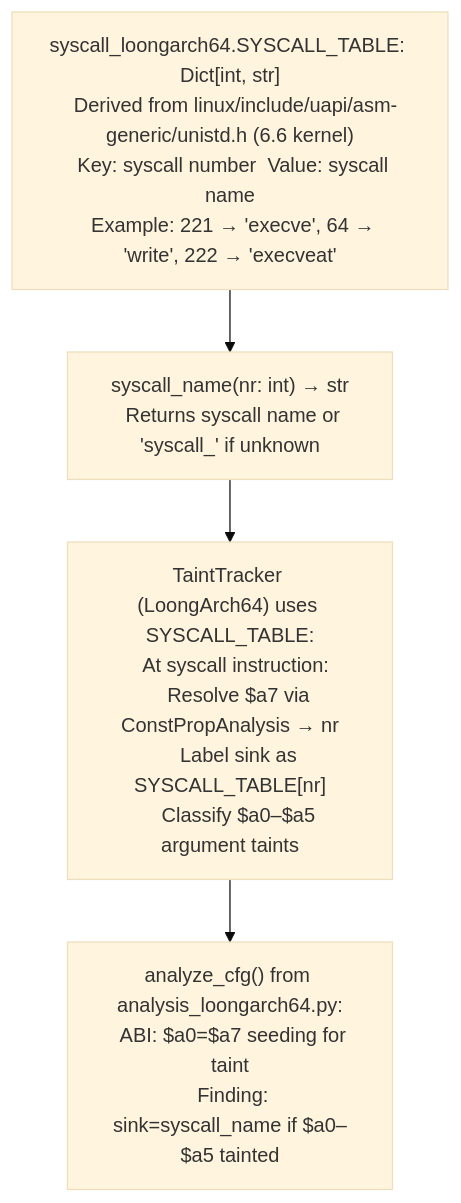
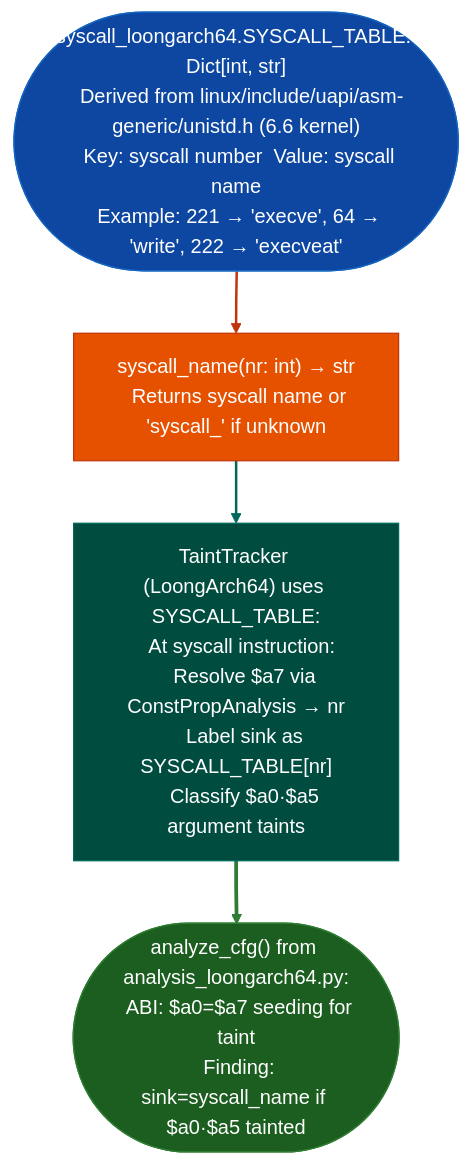
One commit to Ablation-Tool/ablation changed the diagram in docs/reference-modules/loongarch-syscall-labeling.md. Above: the diagram before and after it, drawn with Mermaid (base theme). The commit also changed 320 other files, not shown here.

First line of the commit message:
docs: apply canonical Mermaid template to all 321 diagrams

````diff
--- a/docs/reference-modules/loongarch-syscall-labeling.md
+++ b/docs/reference-modules/loongarch-syscall-labeling.md
@@ -65,6 +65,15 @@
 ```mermaid
 flowchart TD
-    A["syscall_loongarch64.SYSCALL_TABLE: Dict[int, str]\n  Derived from linux/include/uapi/asm-generic/unistd.h (6.6 kernel)\n  Key: syscall number  Value: syscall name\n  Example: 221 → 'execve', 64 → 'write', 222 → 'execveat'"] --> B["syscall_name(nr: int) → str\n  Returns syscall name or 'syscall_<nr>' if unknown"]
-    B --> C["TaintTracker (LoongArch64) uses SYSCALL_TABLE:\n  At syscall instruction:\n    Resolve $a7 via ConstPropAnalysis → nr\n    Label sink as SYSCALL_TABLE[nr]\n    Classify $a0–$a5 argument taints"]
-    C --> D["analyze_cfg() from analysis_loongarch64.py:\n  ABI: $a0=$a7 seeding for taint\n  Finding: sink=syscall_name if $a0–$a5 tainted"]
+    A(["syscall_loongarch64.SYSCALL_TABLE: Dict[int, str]\n  Derived from linux/include/uapi/asm-generic/unistd.h (6.6 kernel)\n  Key: syscall number  Value: syscall name\n  Example: 221 → 'execve', 64 → 'write', 222 → 'execveat'"]):::input --> B["syscall_name(nr: int) → str\n  Returns syscall name or 'syscall_<nr>' if unknown"]:::primary
+    B:::primary --> C["TaintTracker (LoongArch64) uses SYSCALL_TABLE:\n  At syscall instruction:\n    Resolve $a7 via ConstPropAnalysis → nr\n    Label sink as SYSCALL_TABLE[nr]\n    Classify $a0·$a5 argument taints"]:::secondary
+    C:::secondary --> D(["analyze_cfg() from analysis_loongarch64.py:\n  ABI: $a0=$a7 seeding for taint\n  Finding: sink=syscall_name if $a0·$a5 tainted"]):::output
+    classDef input     fill:#0d47a1,stroke:#1565c0,color:#fff
+    classDef primary   fill:#e65100,stroke:#bf360c,color:#fff
+    classDef secondary fill:#004d40,stroke:#00695c,color:#fff
+    classDef tertiary  fill:#4a148c,stroke:#6a1b9a,color:#fff
+    classDef neutral   fill:#37474f,stroke:#546e7a,color:#fff
+    classDef output    fill:#1b5e20,stroke:#2e7d32,color:#fff
+    linkStyle 0 stroke:#bf360c,stroke-width:2px
+    linkStyle 1 stroke:#00695c,stroke-width:2px
+    linkStyle 2 stroke:#2e7d32,stroke-width:3px
 ```
````
